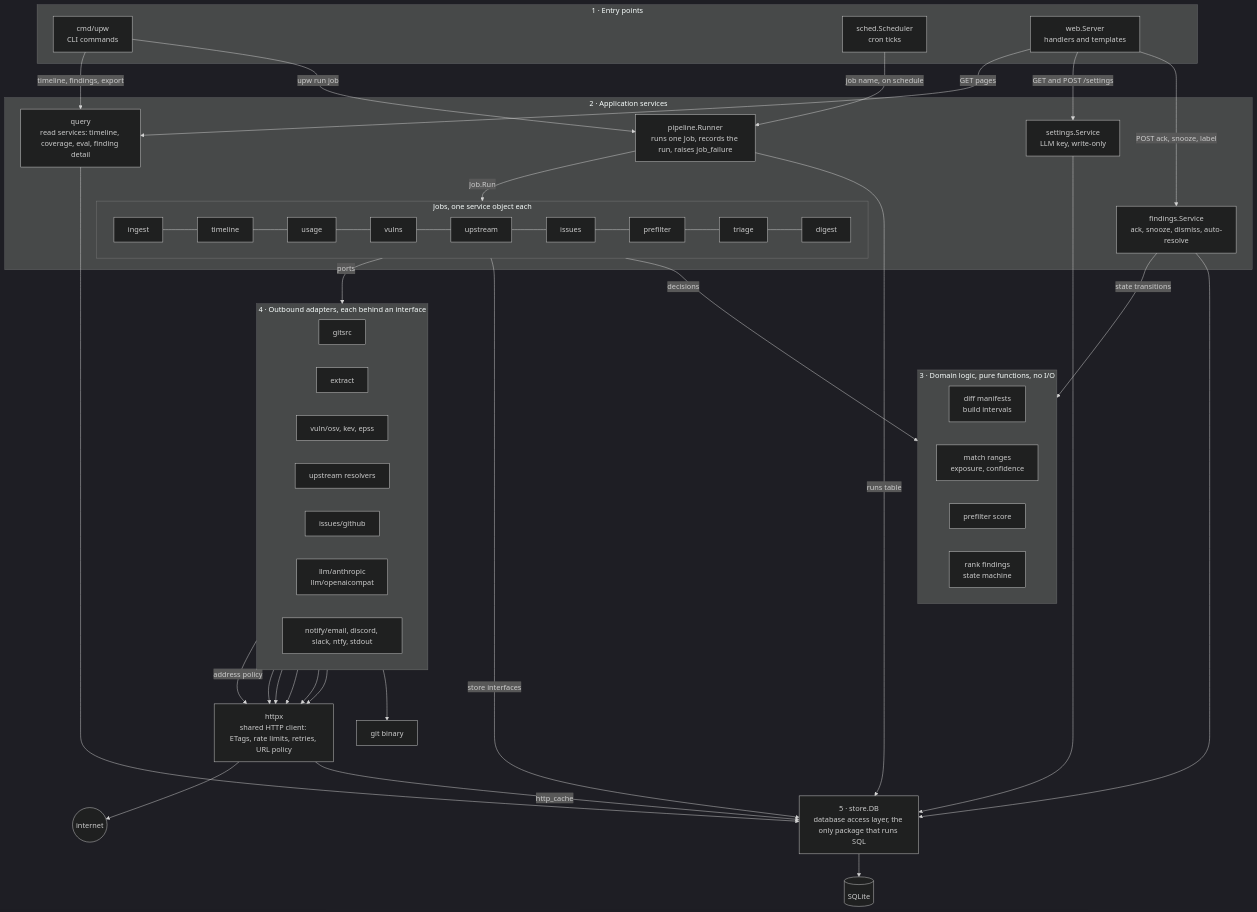
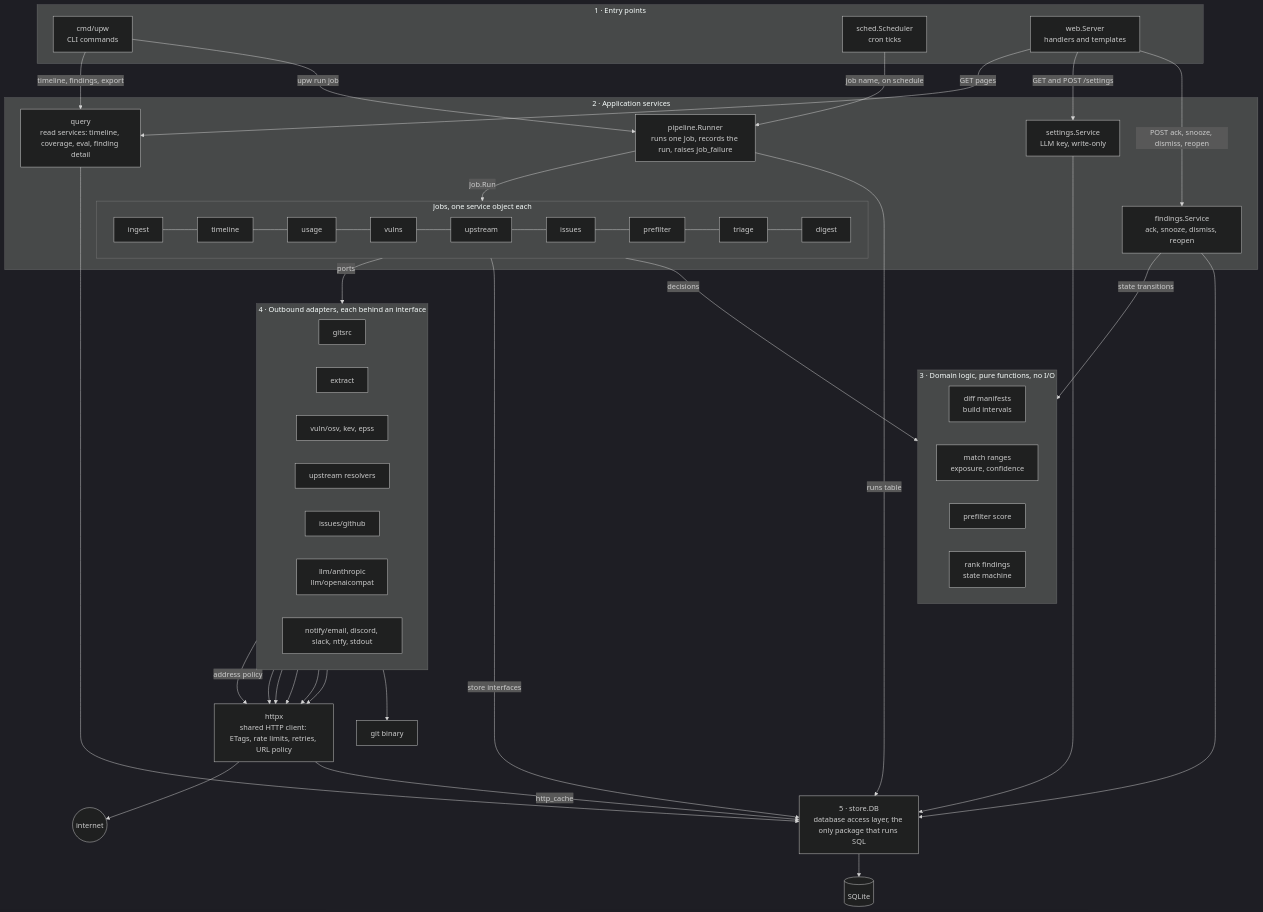
One commit to Amrit-Code/upstreamwatch changed the second of 4 diagrams in docs/architecture.md. Above: the diagram before and after it, drawn with Mermaid (dark theme). The commit also changed other lines of this file and 7 other files, not shown here.

````diff
--- a/docs/architecture.md
+++ b/docs/architecture.md
@@ -47,62 +47,62 @@
 ```mermaid
 flowchart TB
   subgraph IN["1 · Entry points"]
     CLI["cmd/upw<br/>CLI commands"]
     CRON["sched.Scheduler<br/>cron ticks"]
     WEB["web.Server<br/>handlers and templates"]
   end
   subgraph APP["2 · Application services"]
     RUN["pipeline.Runner<br/>runs one Job, records the run, raises job_failure"]
     subgraph JOBS["Jobs, one service object each"]
       direction LR
       J1["ingest"] --- J2["timeline"] --- J3["usage"] --- J4["vulns"] --- J5["upstream"] --- J6["issues"] --- J7["prefilter"] --- J8["triage"] --- J9["digest"]
     end
-    FND["findings.Service<br/>ack, snooze, dismiss, auto-resolve"]
+    FND["findings.Service<br/>ack, snooze, dismiss, reopen"]
     SET["settings.Service<br/>LLM key, write-only"]
     QRY["query<br/>read services: timeline, coverage, eval, finding detail"]
   end
   subgraph DOM["3 · Domain logic, pure functions, no I/O"]
     direction LR
     D1["diff manifests<br/>build intervals"]
     D2["match ranges<br/>exposure, confidence"]
     D3["prefilter score"]
     D4["rank findings<br/>state machine"]
   end
   subgraph OUT["4 · Outbound adapters, each behind an interface"]
     direction LR
     GIT["gitsrc"]
     EXT["extract"]
     VUL["vuln/osv, kev, epss"]
     UPS["upstream resolvers"]
     ISS["issues/github"]
     LLM["llm/anthropic<br/>llm/openaicompat"]
     NOT["notify/email, discord, slack, ntfy, stdout"]
   end
   HX["httpx<br/>shared HTTP client: ETags, rate limits, retries, URL policy"]
   ST["5 · store.DB<br/>database access layer, the only package that runs SQL"]
   SQL[("SQLite")]
   GB["git binary"]
   NET(("internet"))
 
   CLI -- "upw run job" --> RUN
   CRON -- "job name, on schedule" --> RUN
-  WEB -- "POST ack, snooze, label" --> FND
+  WEB -- "POST ack, snooze, dismiss, reopen" --> FND
   WEB -- "GET and POST /settings" --> SET
   WEB -- "GET pages" --> QRY
   CLI -- "timeline, findings, export" --> QRY
   RUN -- "Job.Run" --> JOBS
   JOBS -- "decisions" --> DOM
   FND -- "state transitions" --> DOM
   JOBS -- "ports" --> OUT
   JOBS -- "store interfaces" --> ST
   FND --> ST
   SET --> ST
   QRY --> ST
   RUN -- "runs table" --> ST
   GIT --> GB
   VUL & UPS & ISS & LLM & NOT --> HX
   GIT -- "address policy" --> HX
   HX -- "http_cache" --> ST
   HX --> NET
   ST --> SQL
 ```
````
